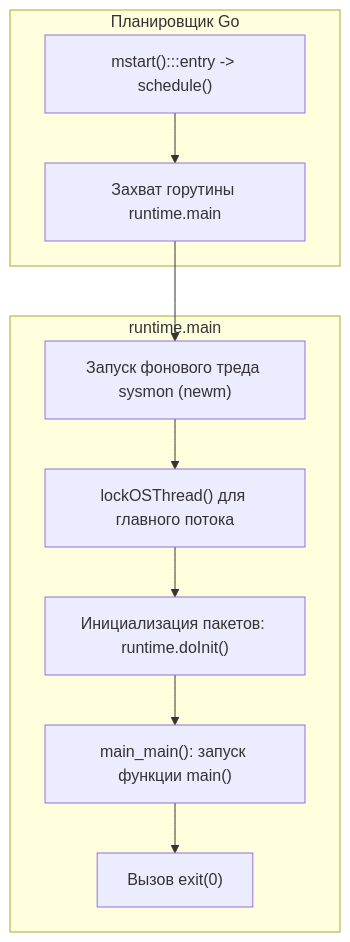
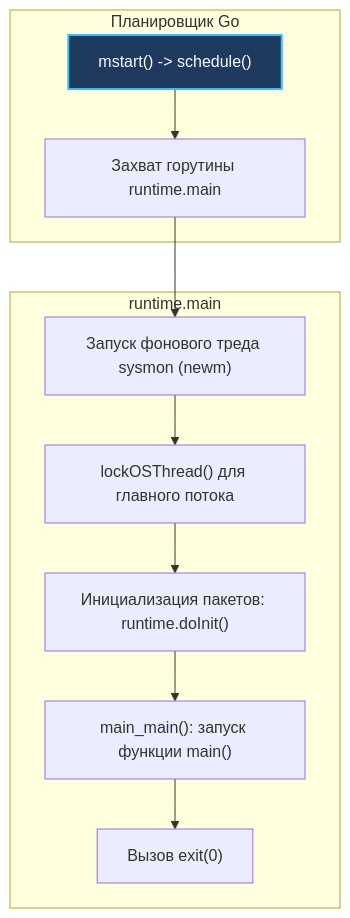
One commit to UnrealTemplier/go-textbook-ru changed the second of 2 diagrams in sources/7. Глубокий Go (Внутреннее устройство)/1. Обзор раздела. Что происходит внутри Go после запуска программы.md. Above: the diagram before and after it, drawn with Mermaid. The commit also changed 40 other files, not shown here.

First line of the commit message:
fix(mermaid): move :::class out of 48 quoted node labels

````diff
--- a/sources/7. Глубокий Go (Внутреннее устройство)/1. Обзор раздела. Что происходит внутри Go после запуска программы.md
+++ b/sources/7. Глубокий Go (Внутреннее устройство)/1. Обзор раздела. Что происходит внутри Go после запуска программы.md
@@ -116,23 +116,23 @@
 ```mermaid
 flowchart TD
     classDef process  fill:#1e293b,stroke:#38bdf8,stroke-width:1px,color:#f8fafc
     classDef success  fill:#064e3b,stroke:#34d399,stroke-width:1px,color:#f8fafc
     classDef error    fill:#7f1d1d,stroke:#f87171,stroke-width:1px,color:#f8fafc
     classDef warning  fill:#78350f,stroke:#fbbf24,stroke-width:1px,color:#f8fafc
     classDef entry    fill:#1e3a5f,stroke:#38bdf8,stroke-width:2px,color:#f8fafc
     classDef aux      fill:#334155,stroke:#64748b,stroke-width:1px,color:#f8fafc
     classDef system   fill:#312e81,stroke:#a78bfa,stroke-width:1px,color:#f8fafc
     classDef data     fill:#132d29,stroke:#2dd4bf,stroke-width:1px,color:#f8fafc
     classDef network  fill:#881337,stroke:#fb7185,stroke-width:1px,color:#f8fafc
     classDef accent   fill:#1e1b4b,stroke:#818cf8,stroke-width:1px,color:#f8fafc
     subgraph SchedLoop["Планировщик Go"]
-        MSTART["mstart():::entry -> schedule()"] --> PICK["Захват горутины runtime.main"]
+        MSTART["mstart() -> schedule()"]:::entry --> PICK["Захват горутины runtime.main"]
     end
     subgraph RuntimeMain["runtime.main"]
         PICK --> SYSMON["Запуск фонового треда sysmon (newm)"]
         SYSMON --> LOCKOS["lockOSThread() для главного потока"]
         LOCKOS --> DOINIT["Инициализация пакетов: runtime.doInit()"]
         DOINIT --> USERCODE["main_main(): запуск функции main()"]
         USERCODE --> EXIT["Вызов exit(0)"]
     end
 ```
````
